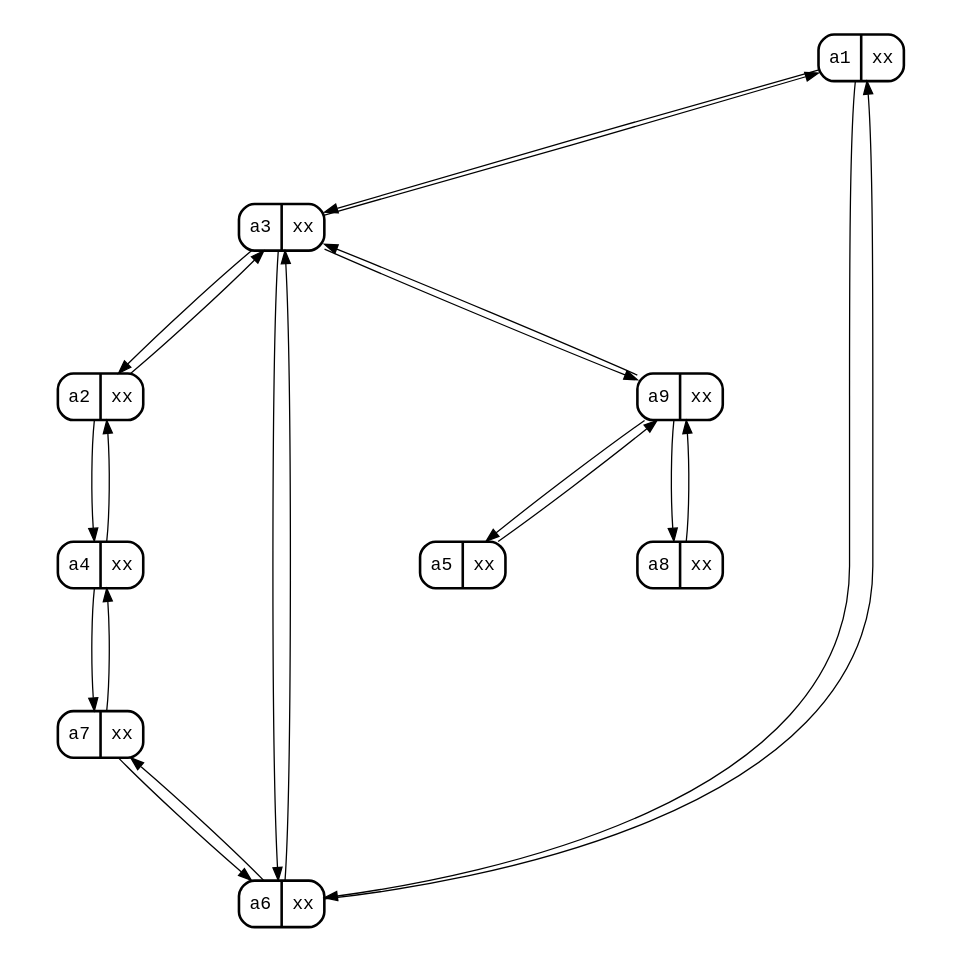
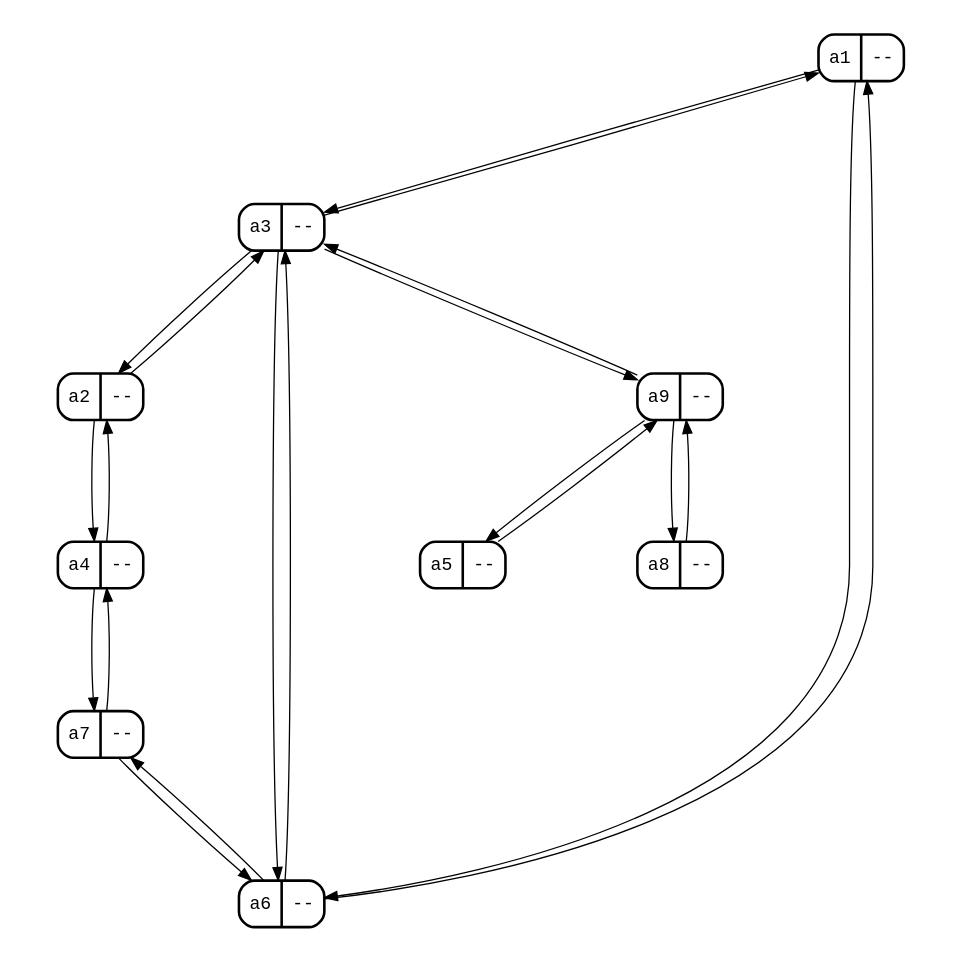
Before and after one commit to jonhoo/simio: the diagram in examples/graphs/bellman-ford.gv, drawn with Graphviz. The commit also changed 1 other file, not shown here.

```diff
--- a/examples/graphs/bellman-ford.gv
+++ b/examples/graphs/bellman-ford.gv
@@ -1,45 +1,45 @@
 digraph {
   size="10,10!";
   ratio="fill";
   node [shape=Mrecord penwidth=2 fontname=monospace];
   edge [fontsize=12];
   start="50";
-  a1 [label = "a1 | xx"];
-  a2 [label = "a2 | xx"];
-  a3 [label = "a3 | xx"];
-  a4 [label = "a4 | xx"];
-  a5 [label = "a5 | xx"];
-  a6 [label = "a6 | xx"];
-  a7 [label = "a7 | xx"];
-  a8 [label = "a8 | xx"];
-  a9 [label = "a9 | xx"];
+  a1 [label = "a1 | --"];
+  a2 [label = "a2 | --"];
+  a3 [label = "a3 | --"];
+  a4 [label = "a4 | --"];
+  a5 [label = "a5 | --"];
+  a6 [label = "a6 | --"];
+  a7 [label = "a7 | --"];
+  a8 [label = "a8 | --"];
+  a9 [label = "a9 | --"];
 
   a1 -> a3 [weight = 3];
   a1 -> a6 [weight = 9];
 
   a2 -> a3 [weight = 12];
   a2 -> a4 [weight = 5];
 
   a3 -> a1 [weight = 3];
   a3 -> a2 [weight = 12];
   a3 -> a6 [weight = 17];
   a3 -> a9 [weight = 8];
 
   a4 -> a2 [weight = 5];
   a4 -> a7 [weight = 7];
 
   a5 -> a9 [weight = 3];
 
   a6 -> a1 [weight = 9];
   a6 -> a3 [weight = 17];
   a6 -> a7 [weight = 19];
 
   a7 -> a4 [weight = 7];
   a7 -> a6 [weight = 19];
 
   a8 -> a9 [weight = 20];
 
   a9 -> a3 [weight = 8];
   a9 -> a5 [weight = 3];
   a9 -> a8 [weight = 20];
 }
```
